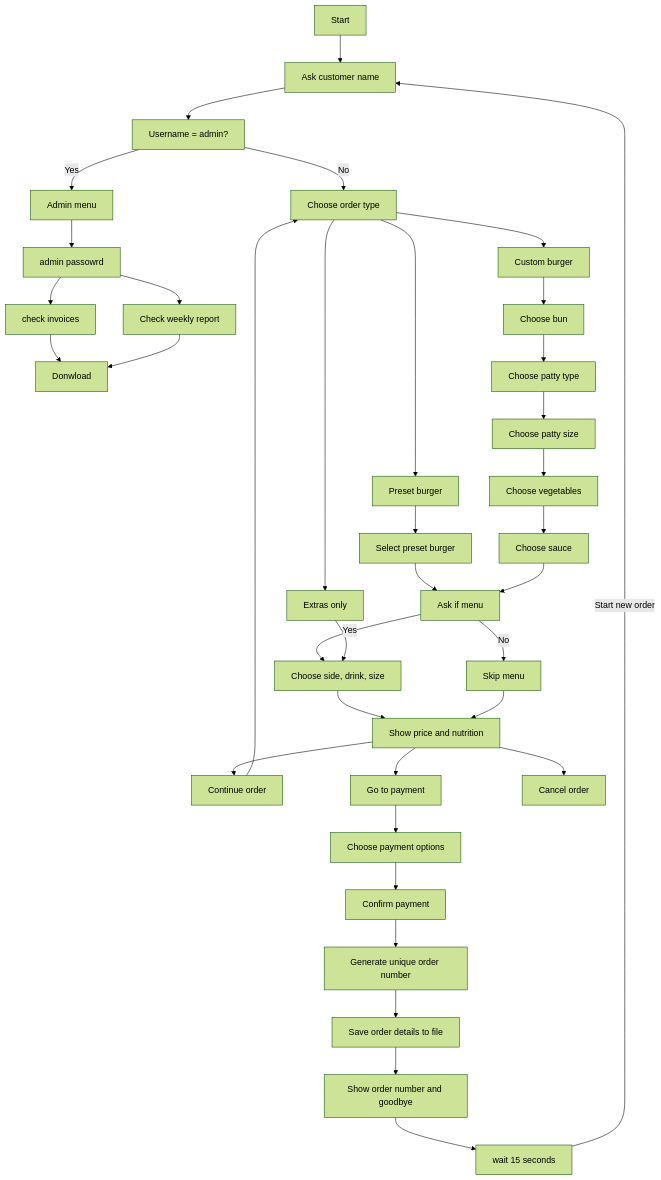
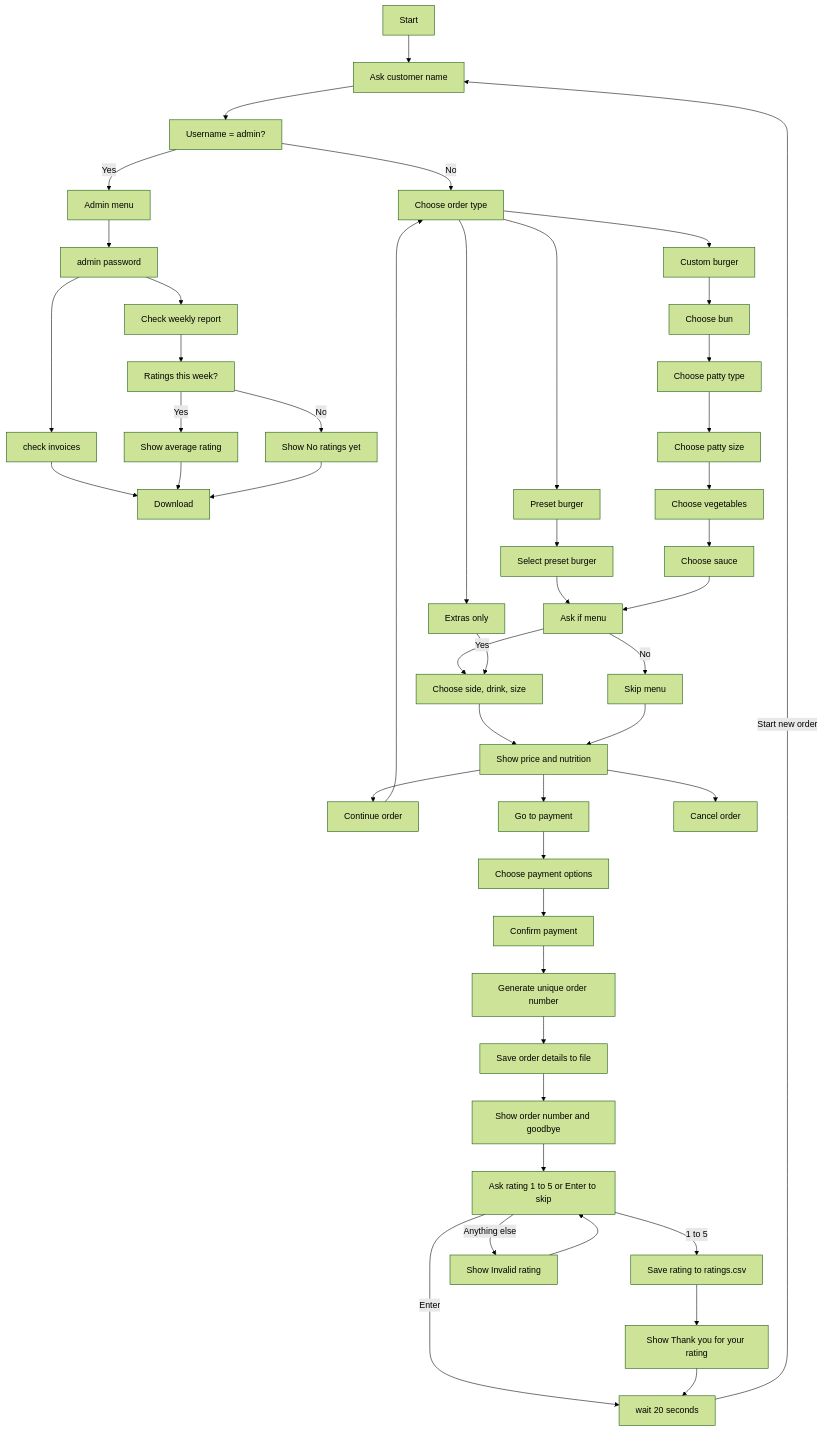
One commit to FHNW-project/Best-Burgers changed the diagram in README.md. Above: the diagram before and after it, drawn with Mermaid (forest theme). The commit also changed other lines of this file, not shown here.

````diff
--- a/README.md
+++ b/README.md
@@ -127,46 +127,56 @@
 ```mermaid
 flowchart TD
 start["Start"] --> ask_name["Ask customer name"]
 ask_name --> check_admin["Username = admin?"]
 check_admin -->|Yes| admin_menu["Admin menu"]
-admin_menu --> passowrd["admin passowrd"]
+admin_menu --> password["admin password"]
 check_admin -->|No| order_type["Choose order type"]
-passowrd --> invoices["check invoices"]
-passowrd --> report["Check weekly report"]
-invoices --> download["Donwload"]
-report --> download["Donwload"]
+password --> invoices["check invoices"]
+password --> report["Check weekly report"]
+invoices --> download["Download"]
+report --> check_ratings["Ratings this week?"]
+check_ratings -->|Yes| show_avg["Show average rating"]
+check_ratings -->|No| no_ratings["Show No ratings yet"]
+show_avg --> download
+no_ratings --> download
 
 order_type --> preset_burger["Preset burger"]
 order_type --> custom_burger["Custom burger"]
 order_type --> extras_only["Extras only"]
 
 preset_burger --> select_preset["Select preset burger"]
 select_preset --> ask_menu["Ask if menu"]
 ask_menu -->|Yes| choose_menu_items["Choose side, drink, size"]
 ask_menu -->|No| skip_menu["Skip menu"]
 
 custom_burger --> choose_bun["Choose bun"]
 choose_bun --> choose_patty_type["Choose patty type"]
 choose_patty_type --> choose_patty_size["Choose patty size"]
 choose_patty_size --> choose_vegetables["Choose vegetables"]
 choose_vegetables --> choose_sauce["Choose sauce"]
 choose_sauce --> ask_menu
 
 extras_only --> choose_menu_items
 
 choose_menu_items --> show_summary["Show price and nutrition"]
 skip_menu --> show_summary
 show_summary --> continue_order["Continue order"]
 show_summary --> go_payment["Go to payment"]
 show_summary --> cancel_order["Cancel order"]
 
 continue_order --> order_type
 go_payment --> payment_options["Choose payment options"]
 
 payment_options --> confirm_payment["Confirm payment"]
 confirm_payment --> generate_order_number["Generate unique order number"]
 generate_order_number --> save_order["Save order details to file"]
 save_order --> show_goodbye["Show order number and goodbye"]
-show_goodbye --> delay["wait 15 seconds"]
+show_goodbye --> ask_rating["Ask rating 1 to 5 or Enter to skip"]
+ask_rating -->|Enter| delay["wait 20 seconds"]
+ask_rating -->|1 to 5| save_rating["Save rating to ratings.csv"]
+ask_rating -->|Anything else| invalid_rating["Show Invalid rating"]
+invalid_rating --> ask_rating
+save_rating --> thanks["Show Thank you for your rating"]
+thanks --> delay
 delay -->|Start new order| ask_name
 ```
````
